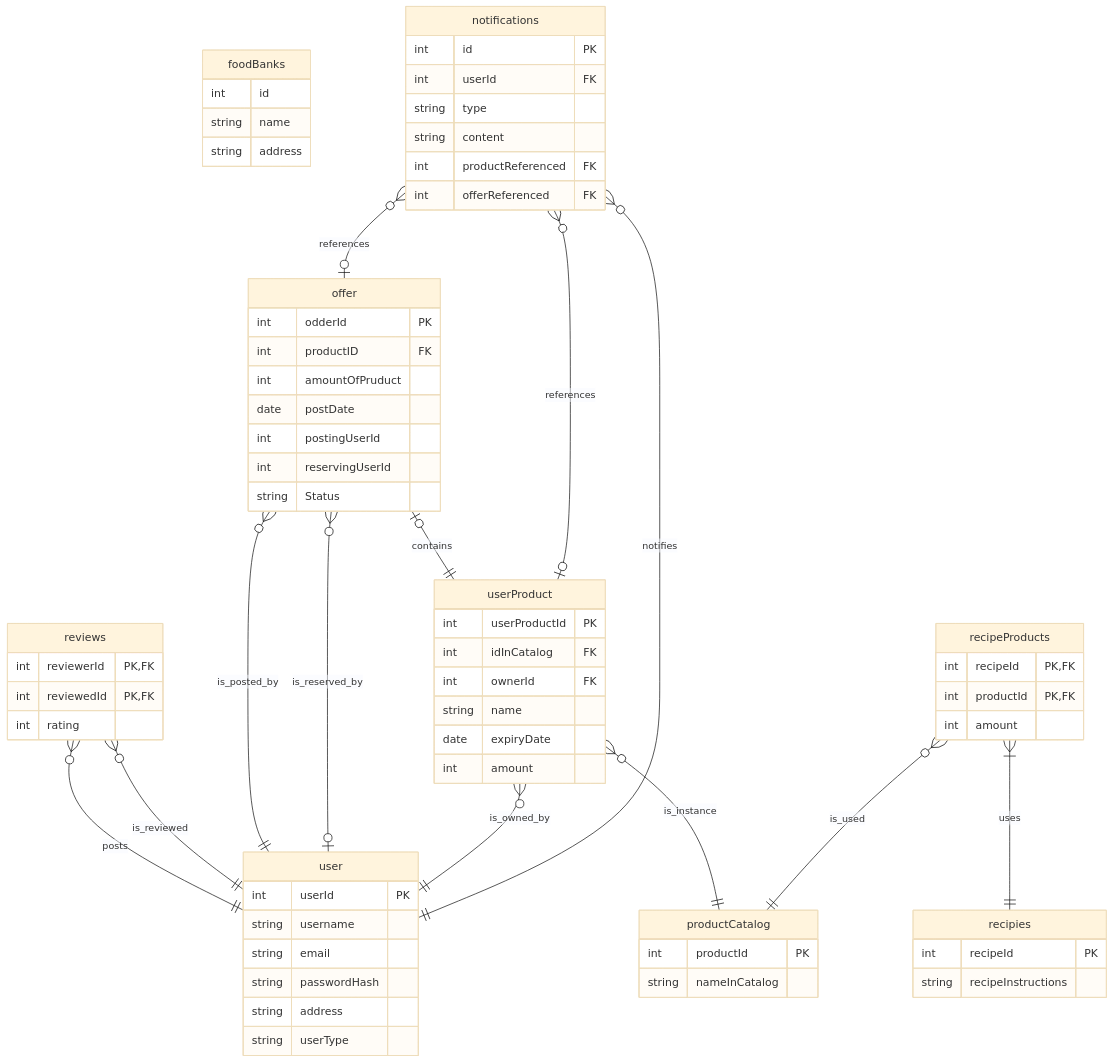
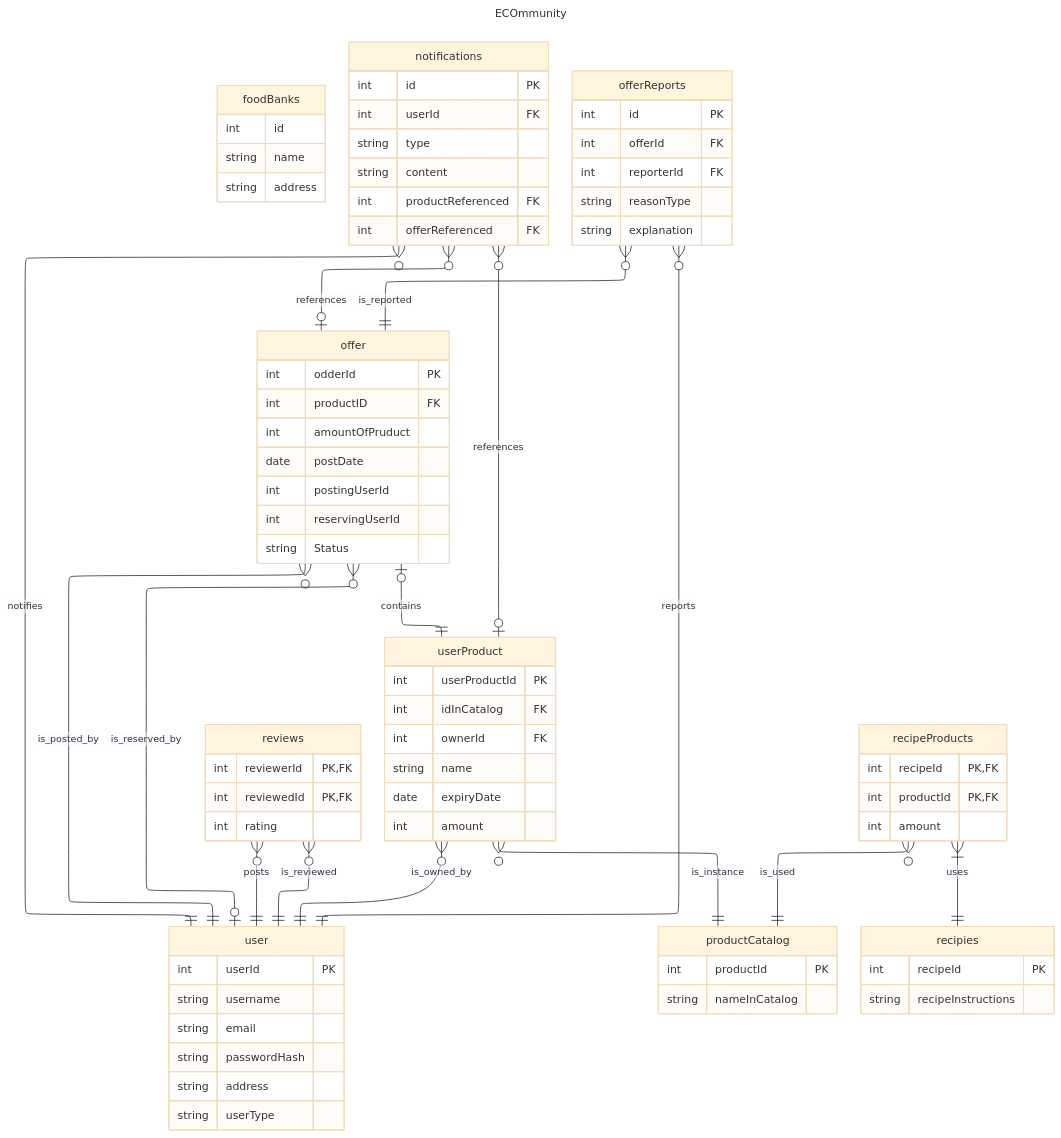
Before and after one commit to SebastianBoteroLeonik/ISI_diagrams: the diagram in erd.mmd, drawn with Mermaid (base theme). The commit also changed 5 other files, not shown here.

```diff
--- a/erd.mmd
+++ b/erd.mmd
@@ -1,82 +1,98 @@
+---
+title: ECOmmunity
+config:
+  layout: elk
+---
 erDiagram
     user {
       int userId PK
       string username
       string email
       string passwordHash
       string address
       string userType
     }
 
     reviews }o--|| user: posts
     reviews }o--|| user: is_reviewed
 
     reviews {
       int reviewerId PK, FK
       int reviewedId PK, FK
       int rating
     }
 
     offer }o--|| user : is_posted_by
     offer }o--o| user : is_reserved_by
 
     offer {
       int odderId PK
       int productID FK
       int amountOfPruduct
       date postDate
       int postingUserId
       int reservingUserId
       string Status
     }
 
     productCatalog {
       int productId PK
       string nameInCatalog
     }
 
     userProduct }o--|| user : is_owned_by
     offer |o--|| userProduct : contains
     userProduct }o--|| productCatalog : is_instance
 
     userProduct {
       int userProductId PK
       int idInCatalog FK
       int ownerId FK
       string name
       date expiryDate
       int amount
     }
 
     recipies {
       int recipeId PK
       string recipeInstructions
     }
 
     recipeProducts }|--|| recipies : uses
     recipeProducts }o--|| productCatalog : is_used
 
     recipeProducts {
       int recipeId PK, FK
       int productId PK, FK
       int amount
     }
 
     foodBanks {
       int id
       string name
       string address
     }
 
     notifications }o--|| user: notifies
     notifications }o--o| userProduct: references
     notifications }o--o| offer: references
 
     notifications {
       int id PK
       int userId FK
       string type
       string content
       int productReferenced FK
       int offerReferenced FK
     }
+
+    offerReports }o--|| user: reports
+    offerReports }o--|| offer: is_reported
+
+    offerReports {
+        int id PK
+        int offerId FK
+        int reporterId FK
+        string reasonType
+        string explanation
+    }
```
